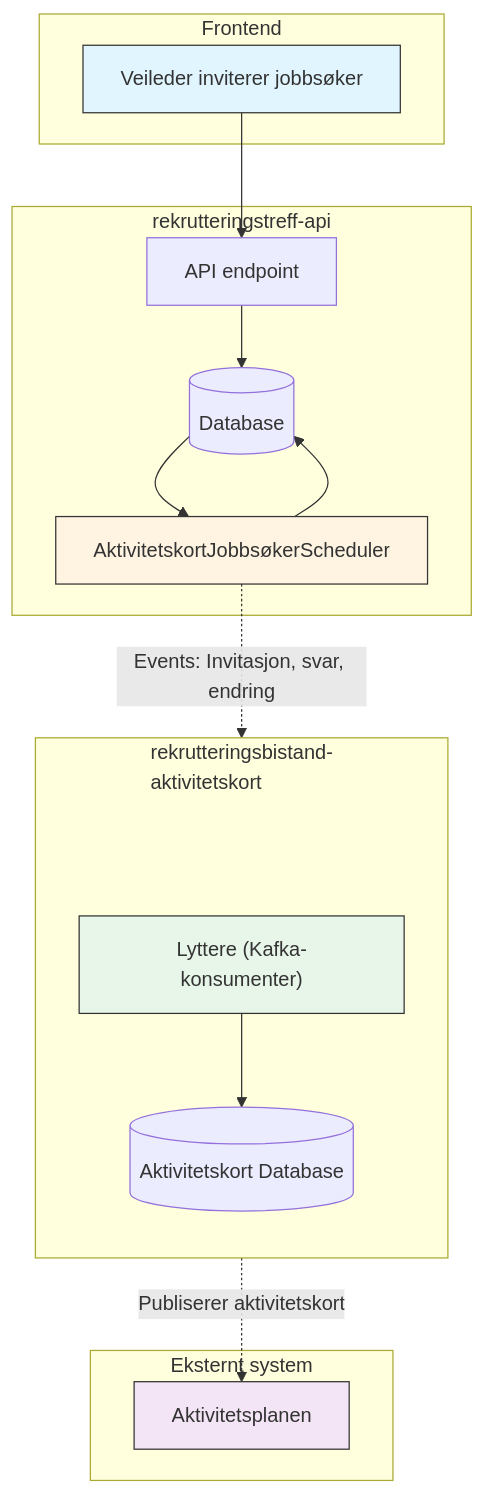
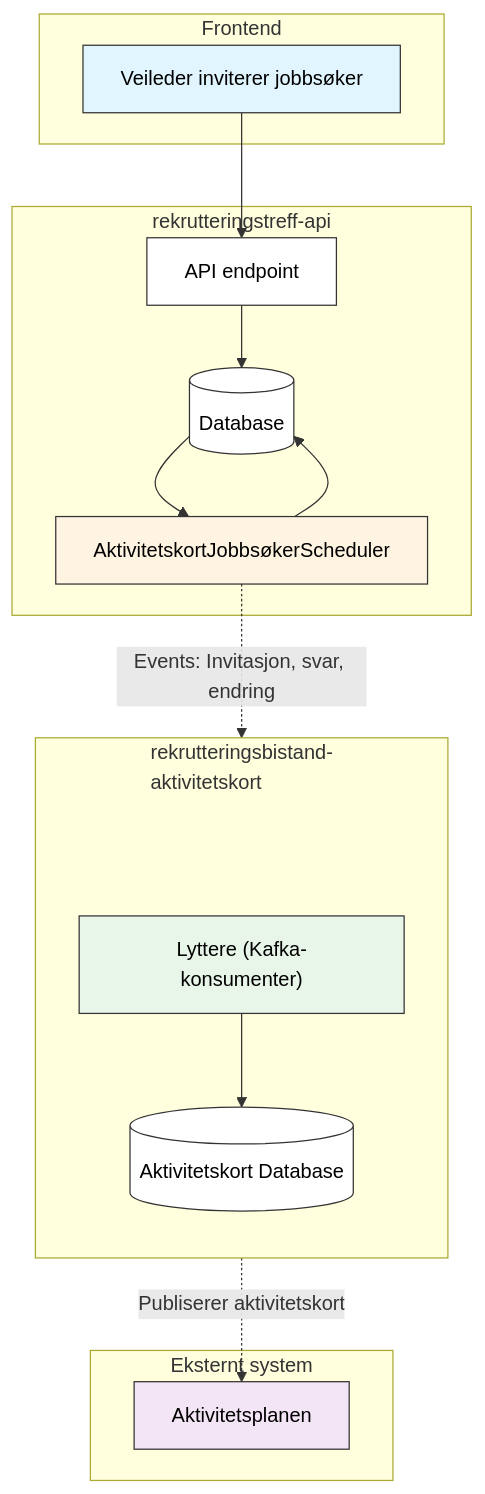
Before and after one commit to navikt/rekrutteringstreff-backend: the diagram in docs/4-integrasjoner/aktivitetskort.md, drawn with Mermaid.

Commit message:
Rydd opp i diagram fo r&r

````diff
--- a/docs/4-integrasjoner/aktivitetskort.md
+++ b/docs/4-integrasjoner/aktivitetskort.md
@@ -11,44 +11,48 @@
 ```mermaid
 graph TB
     subgraph Frontend
         UI[Veileder inviterer jobbsøker]
     end
 
     subgraph "rekrutteringstreff-api"
         API[API endpoint]
         DB[(Database)]
         Scheduler[AktivitetskortJobbsøkerScheduler]
     end
 
     subgraph "rekrutteringsbistand-<br/>aktivitetskort"
         direction TB
         %% Spacer for å unngå at tittelen kræsjer med noden
         Spacer[ ]
         Lyttere["Lyttere (Kafka-konsumenter)"]
         AktDB[("Aktivitetskort Database")]
         Spacer ~~~ Lyttere
     end
 
     subgraph "Eksternt system"
         Aktivitetsplan[Aktivitetsplanen]
     end
 
     UI --> API
     API --> DB
 
     Scheduler --> DB
     DB --> Scheduler
 
     %% Kafka-flyt (Rapids & Rivers)
     %% Stiplet linje indikerer asynkron kommunikasjon via Kafka
     Scheduler -.->|Events: Invitasjon, svar, endring| Lyttere
 
     Lyttere --> AktDB
     Lyttere -.->|Publiserer aktivitetskort| Aktivitetsplan
 
-    style UI fill:#e1f5ff,color:#333,stroke:#333
-    style Scheduler fill:#fff4e1,color:#333,stroke:#333
-    style Lyttere fill:#e8f5e9,color:#333,stroke:#333
-    style Aktivitetsplan fill:#f3e5f5,color:#333,stroke:#333
+    style UI fill:#e1f5ff,color:#000,stroke:#333
+    style Scheduler fill:#fff4e1,color:#000,stroke:#333
+    style Lyttere fill:#e8f5e9,color:#000,stroke:#333
+    style Aktivitetsplan fill:#f3e5f5,color:#000,stroke:#333
     style Spacer fill:none,stroke:none,color:transparent
+
+    style API fill:#fff,color:#000,stroke:#333
+    style DB fill:#fff,color:#000,stroke:#333
+    style AktDB fill:#fff,color:#000,stroke:#333
 ```
````
